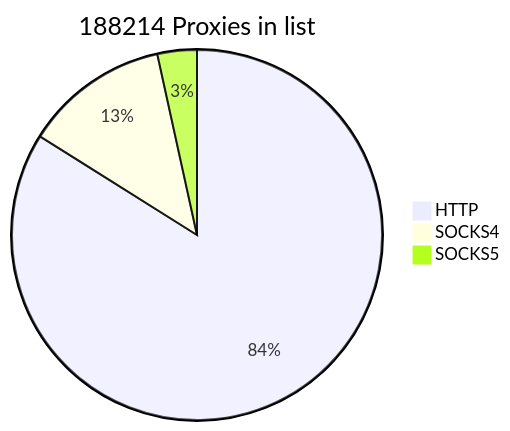
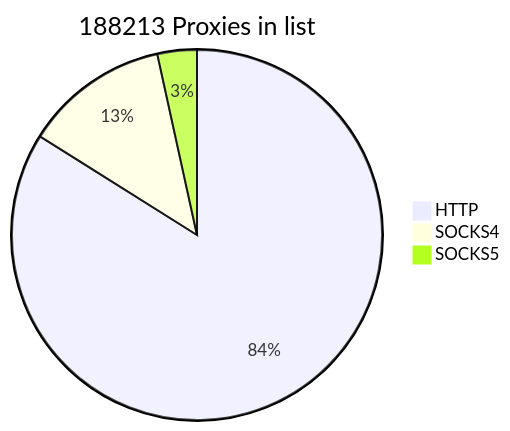
Before and after one commit to cutipu/proxylist: the first of 2 diagrams in README.md, drawn with Mermaid. The commit also changed other lines of this file, not shown here.

````diff
--- a/README.md
+++ b/README.md
@@ -2,7 +2,7 @@
 ```mermaid
-pie title 188214 Proxies in list
+pie title 188213 Proxies in list
     "HTTP" : 157965
     "SOCKS4" : 23771
-    "SOCKS5" : 6478
+    "SOCKS5" : 6477
             
 ```
````
